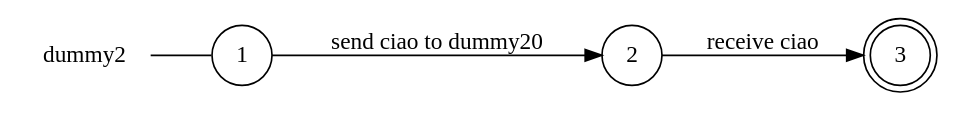
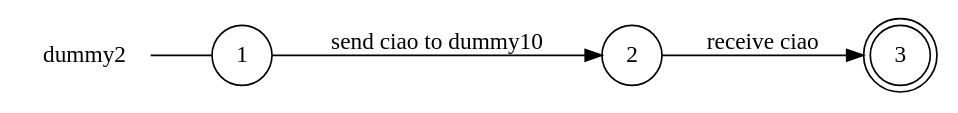
Before and after one commit to gabrielegenovese/chorer: the diagram in examples/async/dummy2_local_view.dot, drawn with Graphviz. The commit also changed 3 other files, not shown here.

```diff
--- a/examples/async/dummy2_local_view.dot
+++ b/examples/async/dummy2_local_view.dot
@@ -1,11 +1,11 @@
 digraph dummy2 {
 	rankdir="LR";
 	n_0 [label="dummy2", shape="plaintext"];
 	n_1 [id="1", shape=circle, label="1"];
 	n_0 -> n_1 [arrowhead=none];
 	n_2 [id="2", shape=circle, label="2"];
 	n_3 [id="3", shape=doublecircle, label="3"];
 
-	n_1 -> n_2 [id="[$e|1]", label="send ciao to dummy20"];
+	n_1 -> n_2 [id="[$e|1]", label="send ciao to dummy10"];
 	n_2 -> n_3 [id="[$e|0]", label="receive ciao"];
 }
```
